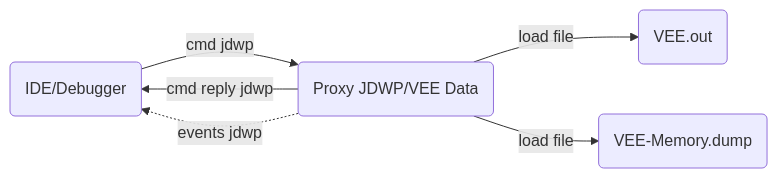
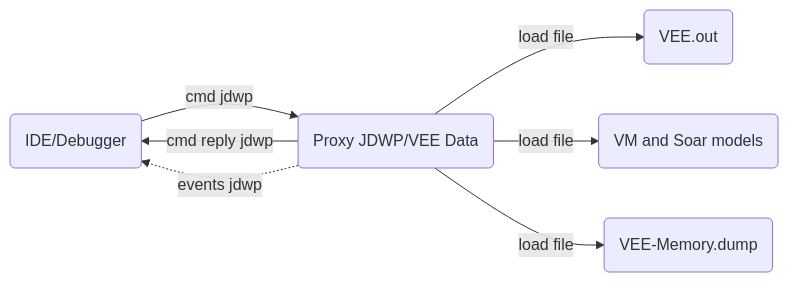
One commit to MicroEJ/docs changed the diagram in ApplicationDeveloperGuide/images/debugger_proxy1.mermaid. Above: the diagram before and after it, drawn with Mermaid.

Commit message:
Sync the dbg proxy graph with the png

```diff
--- a/ApplicationDeveloperGuide/images/debugger_proxy1.mermaid
+++ b/ApplicationDeveloperGuide/images/debugger_proxy1.mermaid
@@ -1,6 +1,10 @@
+%% Copyright 2008-2023, MicroEJ Corp. Content in this space is free for read and redistribute. Except if otherwise stated, modification is subject to MicroEJ Corp prior approval.
+%% MicroEJ is a trademark of MicroEJ Corp. All other trademarks and copyrights are the property of their respective owners.
+
 graph LR 
     IDE(IDE/Debugger) --> |cmd jdwp| JDWP(Proxy JDWP/VEE Data) 
     JDWP --> |cmd reply jdwp| IDE
     JDWP -.-> |events jdwp| IDE
     JDWP --> |load file| ELF(VEE.out)
+    JDWP --> |load file| Jars(VM and Soar models)
     JDWP --> |load file| MEMDUMP(VEE-Memory.dump)
```
